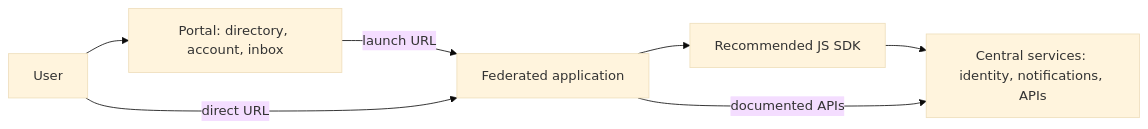
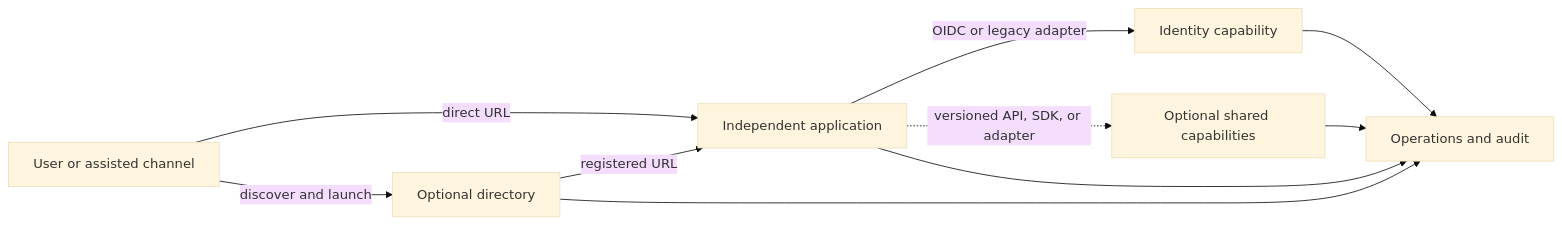
One commit to wagov-dtt/architecture-decision-records changed the diagram in reference-architectures/federated-application-portal.md. Above: the diagram before and after it, drawn with Mermaid (base theme). The commit also changed other lines of this file and 35 other files, not shown here.

First line of the commit message:
Modernise cyber protection architecture guidance (#29)

````diff
--- a/reference-architectures/federated-application-portal.md
+++ b/reference-architectures/federated-application-portal.md
@@ -37,13 +128,19 @@
 ```mermaid
 flowchart LR
-    user[User]
-    portal[Portal: directory, account, inbox]
-    app[Federated application]
-    sdk[Recommended JS SDK]
-    services[Central services: identity, notifications, APIs]
+    user[User or assisted channel]
+    directory[Optional directory]
+    app[Independent application]
+    identity[Identity capability]
+    shared[Optional shared capabilities]
+    ops[Operations and audit]
 
-    user --> portal -->|launch URL| app
     user -->|direct URL| app
-    app --> sdk --> services
-    app -->|documented APIs| services
+    user -->|discover and launch| directory
+    directory -->|registered URL| app
+    app -->|OIDC or legacy adapter| identity
+    app -.->|versioned API, SDK, or adapter| shared
+    directory --> ops
+    app --> ops
+    identity --> ops
+    shared --> ops
 ```
````
